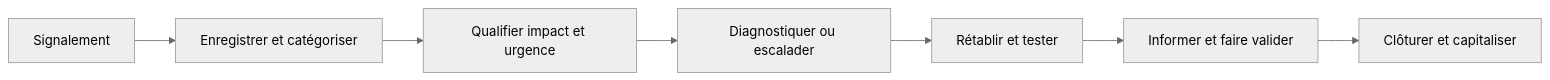
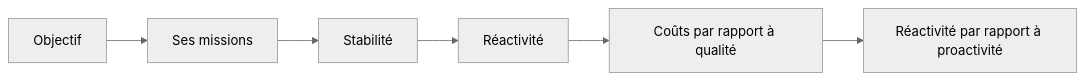
One commit to sk34pk25/tssr-cours changed the second of 4 diagrams in docs/modules/06-sensibilisation-itil-gestion-parc/module-06-exploitation-des-services.md. Above: the diagram before and after it, drawn with Mermaid (neutral theme). The commit also changed other lines of this file and 8 other files, not shown here.

````diff
--- a/docs/modules/06-sensibilisation-itil-gestion-parc/module-06-exploitation-des-services.md
+++ b/docs/modules/06-sensibilisation-itil-gestion-parc/module-06-exploitation-des-services.md
@@ -40,9 +63,14 @@
 ```mermaid
 flowchart LR
-    S["Signalement"] --> E["Enregistrer et catégoriser"]
-    E --> P["Qualifier impact et urgence"]
-    P --> D["Diagnostiquer ou escalader"]
-    D --> R["Rétablir et tester"]
-    R --> U["Informer et faire valider"]
-    U --> C["Clôturer et capitaliser"]
+    N1["Objectif"]
+    N2["Ses missions"]
+    N3["Stabilité"]
+    N4["Réactivité"]
+    N5["Coûts par rapport à qualité"]
+    N6["Réactivité par rapport à proactivité"]
+    N1 --> N2
+    N2 --> N3
+    N3 --> N4
+    N4 --> N5
+    N5 --> N6
 ```
````
